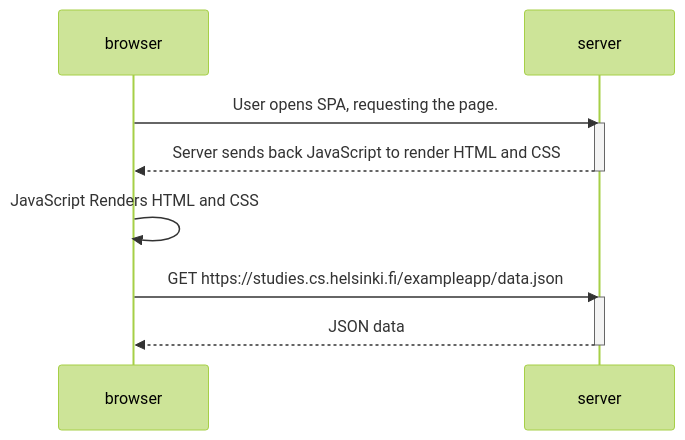
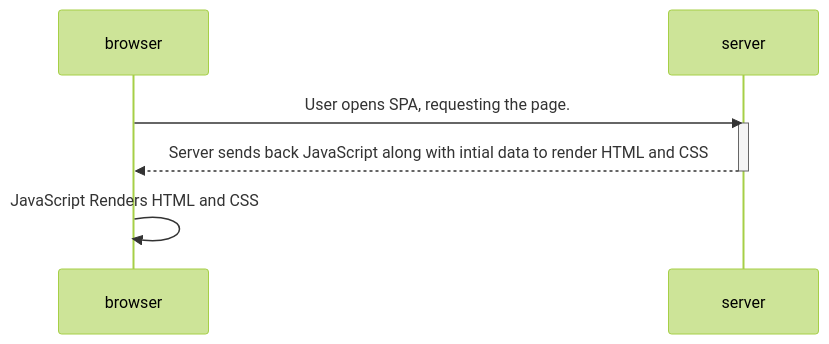
One commit to ashcoder98/part0 changed the second of 3 diagrams in README.md. Above: the diagram before and after it, drawn with Mermaid (forest theme). The commit also changed other lines of this file, not shown here.

Commit message:
adds exercise 0.6 + edits exercise 0.5

````diff
--- a/README.md
+++ b/README.md
@@ -38,19 +38,12 @@
 ```mermaid
 sequenceDiagram
     participant browser
     participant server
 
     browser->>server: User opens SPA, requesting the page.
     activate server
-    server-->>browser: Server sends back JavaScript to render HTML and CSS
+    server-->>browser: Server sends back JavaScript along with intial data to render HTML and CSS
     deactivate server
 
     browser->>browser: JavaScript Renders HTML and CSS
-
-   
-
-    browser->>server: GET https://studies.cs.helsinki.fi/exampleapp/data.json
-    activate server
-    server-->>browser: JSON data
-    deactivate server
 ```
````
